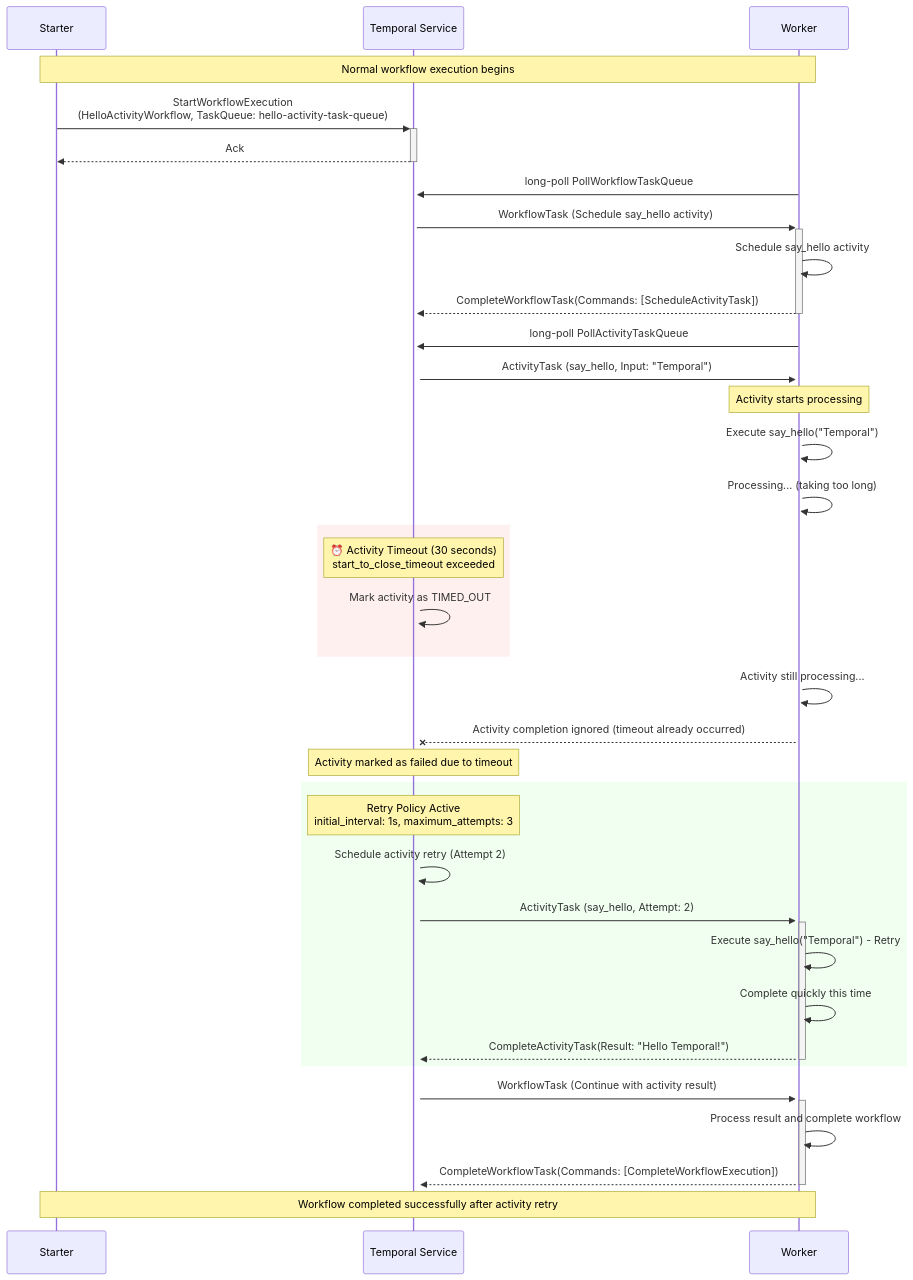
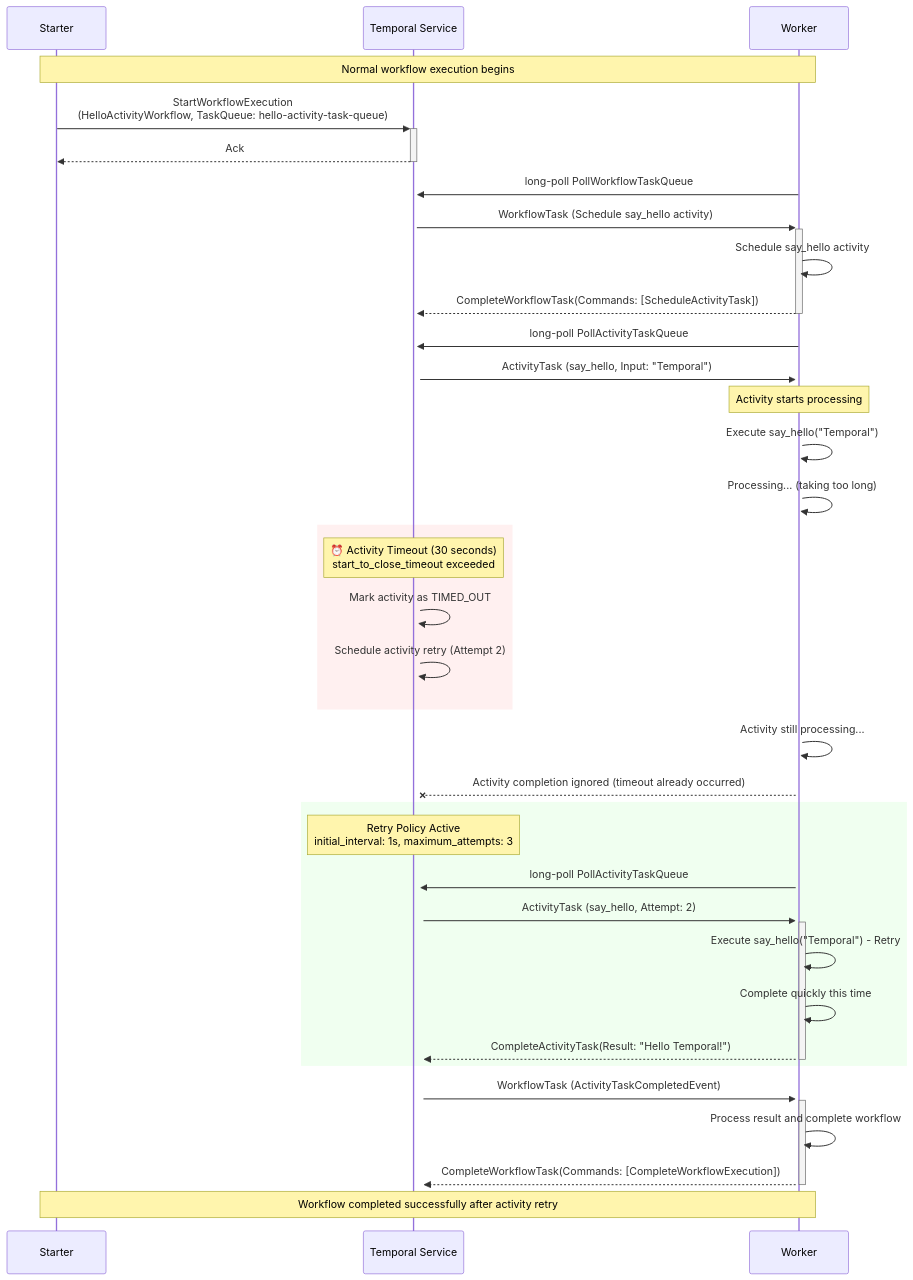
The first of 4 diagrams in hello-activity/activity-failure-scenarios.md (mfateev/musings), drawn with Mermaid before and after one commit. The commit also changed other lines of this file and 3 other files, not shown here.

````diff
--- a/hello-activity/activity-failure-scenarios.md
+++ b/hello-activity/activity-failure-scenarios.md
@@ -21,49 +21,49 @@
 ```mermaid
 sequenceDiagram
     participant S as Starter
     participant TS as Temporal Service
     participant W as Worker
     
     Note over S,W: Normal workflow execution begins
     
     S->>+TS: StartWorkflowExecution<br/>(HelloActivityWorkflow, TaskQueue: hello-activity-task-queue)
     TS-->>-S: Ack
     
     W->>+TS: long-poll PollWorkflowTaskQueue
     TS->>+W: WorkflowTask (Schedule say_hello activity)
     W->>W: Schedule say_hello activity
     W-->>-TS: CompleteWorkflowTask(Commands: [ScheduleActivityTask])
     
     W->>+TS: long-poll PollActivityTaskQueue
     TS->>+W: ActivityTask (say_hello, Input: "Temporal")
     
     Note over W: Activity starts processing
     W->>W: Execute say_hello("Temporal")
     W->>W: Processing... (taking too long)
     
     rect rgb(255, 240, 240)
         Note over TS: ⏰ Activity Timeout (30 seconds)<br/>start_to_close_timeout exceeded
         TS->>TS: Mark activity as TIMED_OUT
+        TS->>TS: Schedule activity retry (Attempt 2)
+
     end
     
     W->>W: Activity still processing...
     W--X TS: Activity completion ignored (timeout already occurred)
     
-    Note over TS: Activity marked as failed due to timeout
     
     rect rgb(240, 255, 240)
         Note over TS: Retry Policy Active<br/>initial_interval: 1s, maximum_attempts: 3
-        
-        TS->>TS: Schedule activity retry (Attempt 2)
+        W->>+TS: long-poll PollActivityTaskQueue
         TS->>+W: ActivityTask (say_hello, Attempt: 2)
         W->>W: Execute say_hello("Temporal") - Retry
         W->>W: Complete quickly this time
         W-->>-TS: CompleteActivityTask(Result: "Hello Temporal!")
     end
     
-    TS->>+W: WorkflowTask (Continue with activity result)
+    TS->>+W: WorkflowTask (ActivityTaskCompletedEvent)
     W->>W: Process result and complete workflow
     W-->>-TS: CompleteWorkflowTask(Commands: [CompleteWorkflowExecution])
     
     Note over S,W: Workflow completed successfully after activity retry
 ```
````
